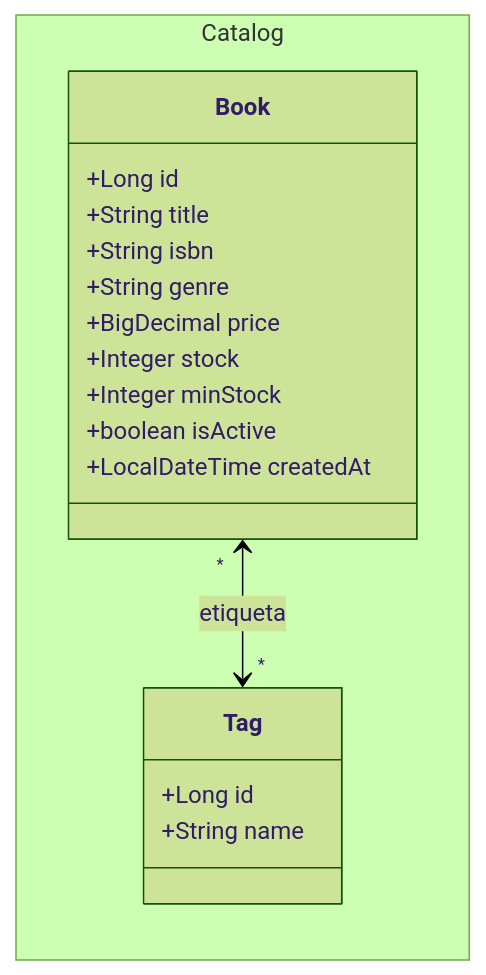
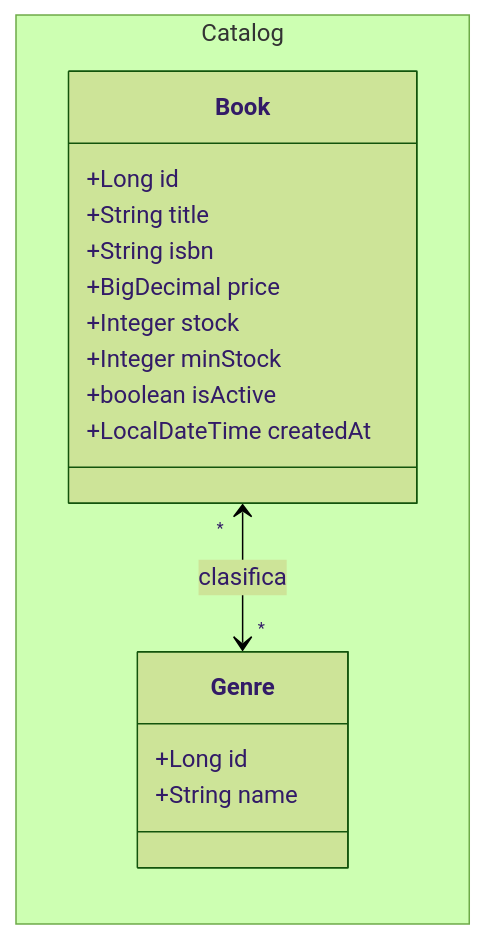
The second of 3 diagrams in docs/Actividad Lab03 Persistencias Datos Spring Data JPA.md (hampcodes/bookstore), drawn with Mermaid (forest theme) before and after one commit. The commit also changed other lines of this file, not shown here.

Commit message:
Rename Tag to Genre in documentation

````diff
--- a/docs/Actividad Lab03 Persistencias Datos Spring Data JPA.md
+++ b/docs/Actividad Lab03 Persistencias Datos Spring Data JPA.md
@@ -157,24 +157,23 @@
 ```mermaid
 classDiagram
     direction LR
 
     namespace Catalog {
         class Book {
             +Long id
             +String title
             +String isbn
-            +String genre
             +BigDecimal price
             +Integer stock
             +Integer minStock
             +boolean isActive
             +LocalDateTime createdAt
         }
-        class Tag {
+        class Genre {
             +Long id
             +String name
         }
     }
 
-    Book "*" <--> "*" Tag : etiqueta
+    Book "*" <--> "*" Genre : clasifica
 ```
````
